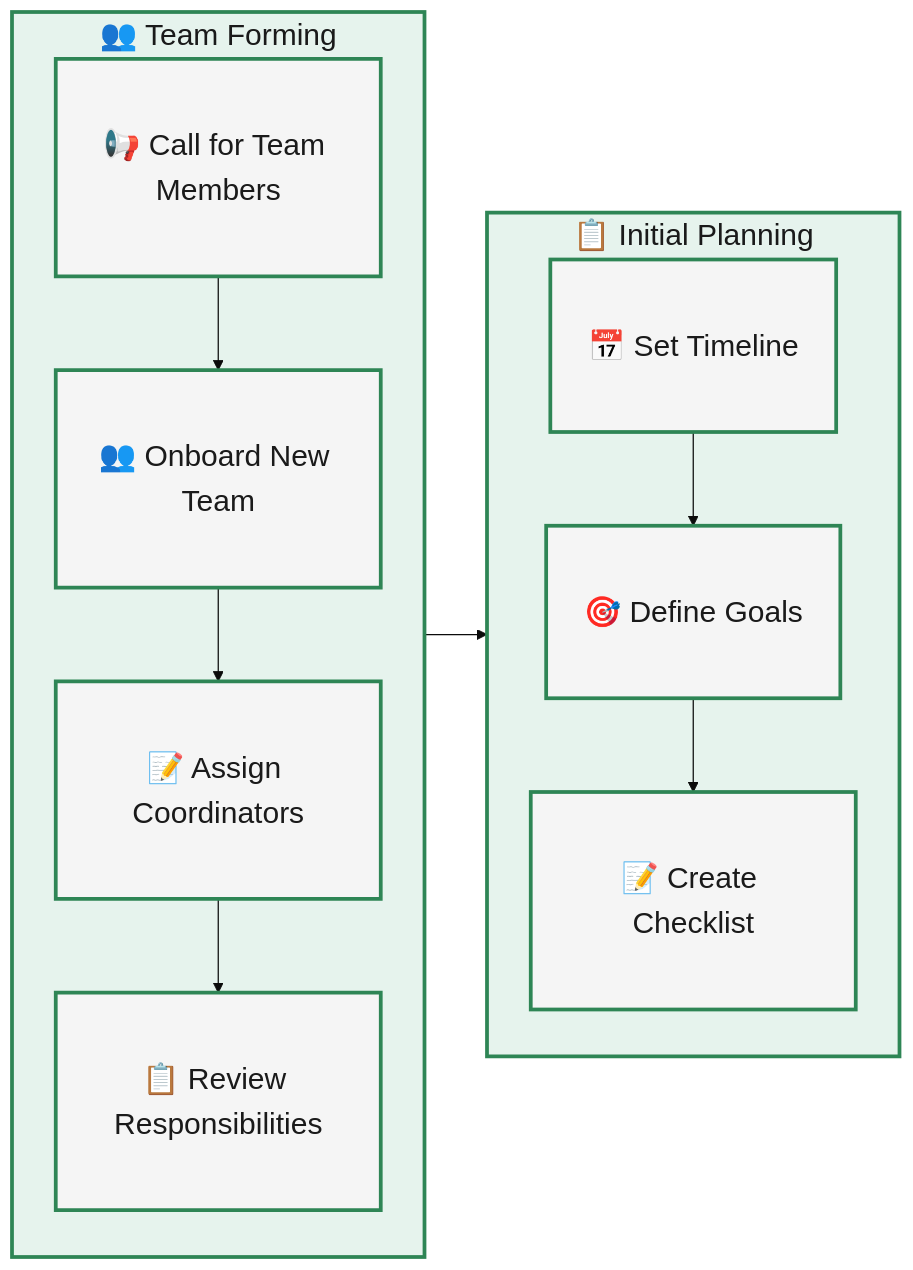
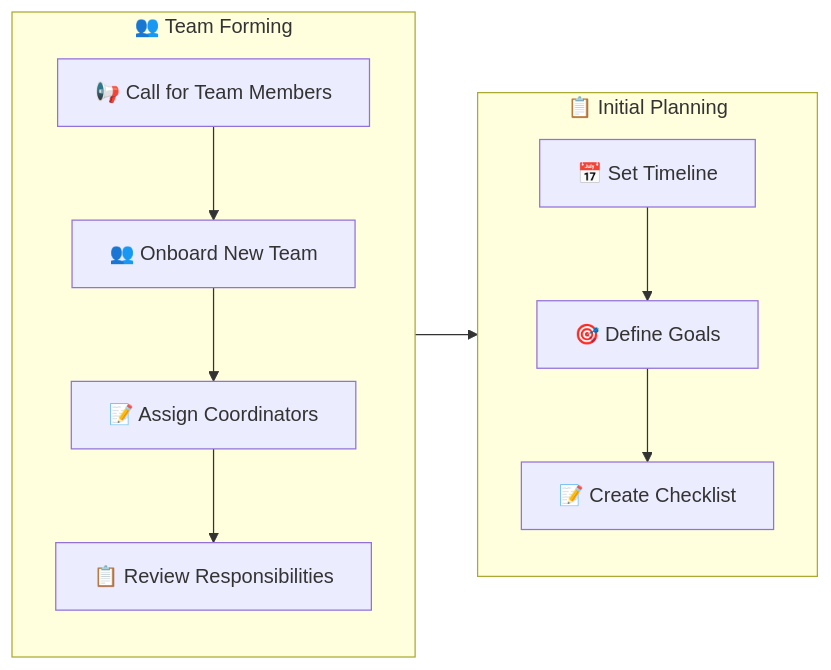
The first of 4 diagrams in docs/lightning-talks/processes/project-workflow.md (CBID2/VC-Community-Docs), drawn with Mermaid before and after one commit. The commit also changed other lines of this file and 5 other files, not shown here.

First line of the commit message:
Restore React 19 and simplify Mermaid diagrams

````diff
--- a/docs/lightning-talks/processes/project-workflow.md
+++ b/docs/lightning-talks/processes/project-workflow.md
@@ -48,30 +48,14 @@
 ```mermaid
-%%{init: {'theme':'base', 'themeVariables': {'fontSize':'24px', 'fontFamily':'arial'}}}%%
 flowchart LR
-  %% Left Column - Team Forming
   subgraph A["👥 Team Forming"]
     direction TB
-    A1["📢 Call for Team Members"]
-    A2["👥 Onboard New Team"]
-    A3["📝 Assign Coordinators"]
-    A4["📋 Review Responsibilities"]
-    A1 --> A2 --> A3 --> A4
+    A1["📢 Call for Team Members"] --> A2["👥 Onboard New Team"] --> A3["📝 Assign Coordinators"] --> A4["📋 Review Responsibilities"]
   end
 
-  %% Right Column - Initial Planning
   subgraph B["📋 Initial Planning"]
     direction TB
-    B1["📅 Set Timeline"]
-    B2["🎯 Define Goals"]
-    B3["📝 Create Checklist"]
-    B1 --> B2 --> B3
+    B1["📅 Set Timeline"] --> B2["🎯 Define Goals"] --> B3["📝 Create Checklist"]
   end
 
-  %% Flow between columns
   A4 --> B1
-
-  %% Styling
-  classDef default fill:#f5f5f5,stroke:#2e8555,stroke-width:3px,color:#1a1a1a,padding:15px;
-  classDef process fill:#e6f3ed,stroke:#2e8555,stroke-width:3px,color:#1a1a1a;
-  class A,B process;
 ```
````
